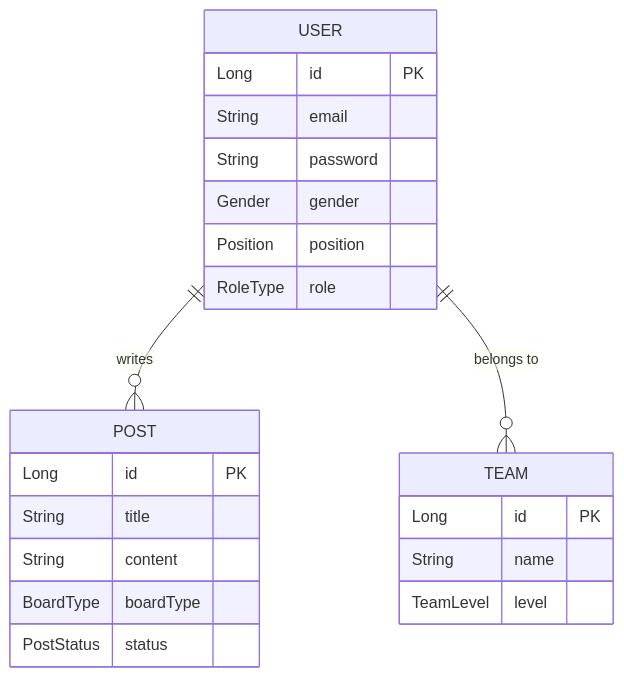
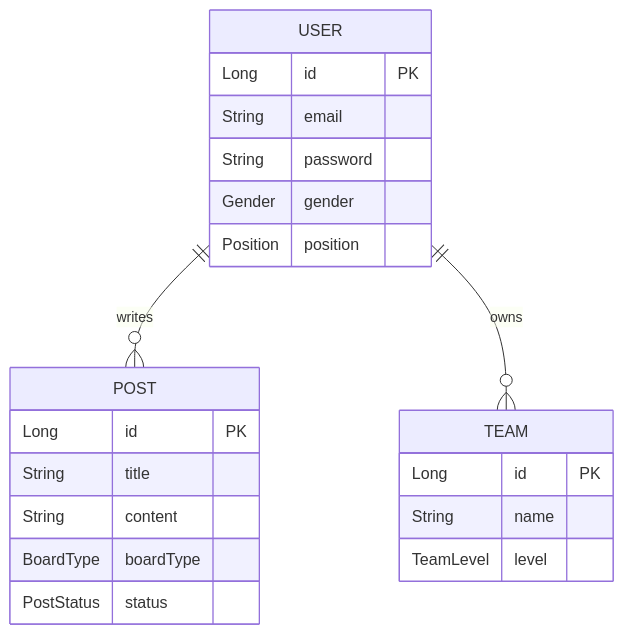
One commit to matchingweb/matching_backend changed the diagram in README.md. Above: the diagram before and after it, drawn with Mermaid. The commit also changed other lines of this file and 3 other files, not shown here.

````diff
--- a/README.md
+++ b/README.md
@@ -52,25 +82,24 @@
 ```mermaid
 erDiagram
   USER {
     Long id PK
     String email
     String password
     Gender gender
     Position position
-    RoleType role
   }
   POST {
     Long id PK
     String title
     String content
     BoardType boardType
     PostStatus status
   }
   TEAM {
     Long id PK
     String name
     TeamLevel level
   }
   USER ||--o{ POST : "writes"
-  USER ||--o{ TEAM : "belongs to"
+  USER ||--o{ TEAM : "owns"
 ```
````
